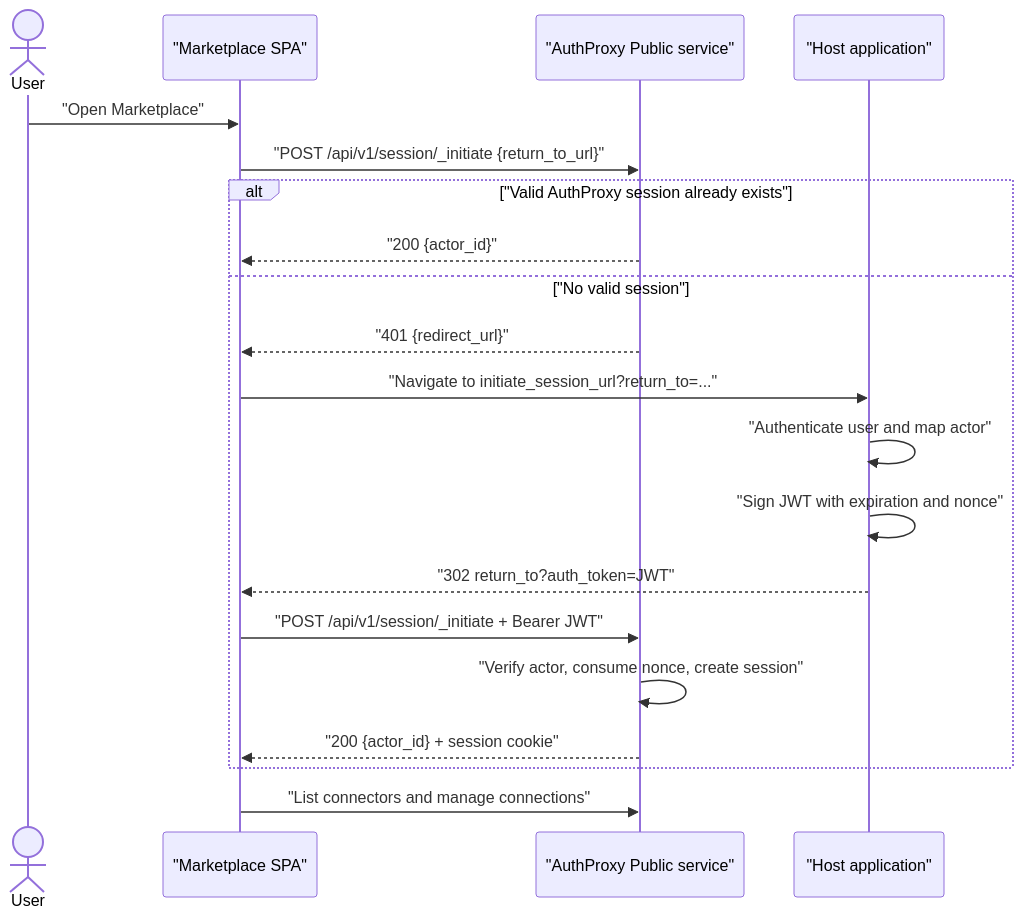
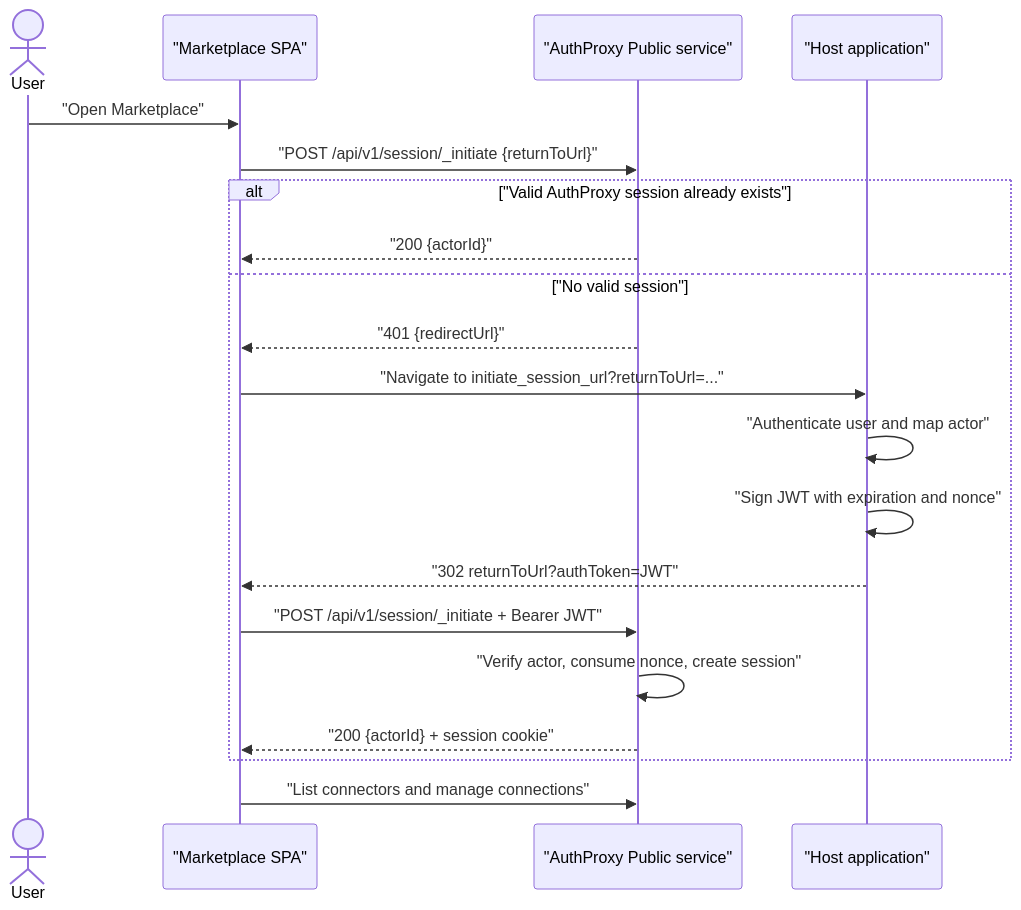
Before and after one commit to rmorlok/authproxy: the diagram in docs/src/content/docs/integration/marketplace.md, drawn with Mermaid. The commit also changed other lines of this file and 23 other files, not shown here.

````diff
--- a/docs/src/content/docs/integration/marketplace.md
+++ b/docs/src/content/docs/integration/marketplace.md
@@ -29,23 +29,23 @@
 ```mermaid
 sequenceDiagram
     actor User
     participant M as "Marketplace SPA"
     participant P as "AuthProxy Public service"
     participant H as "Host application"
 
     User->>M: "Open Marketplace"
-    M->>P: "POST /api/v1/session/_initiate {return_to_url}"
+    M->>P: "POST /api/v1/session/_initiate {returnToUrl}"
     alt "Valid AuthProxy session already exists"
-        P-->>M: "200 {actor_id}"
+        P-->>M: "200 {actorId}"
     else "No valid session"
-        P-->>M: "401 {redirect_url}"
-        M->>H: "Navigate to initiate_session_url?return_to=..."
+        P-->>M: "401 {redirectUrl}"
+        M->>H: "Navigate to initiate_session_url?returnToUrl=..."
         H->>H: "Authenticate user and map actor"
         H->>H: "Sign JWT with expiration and nonce"
-        H-->>M: "302 return_to?auth_token=JWT"
+        H-->>M: "302 returnToUrl?authToken=JWT"
         M->>P: "POST /api/v1/session/_initiate + Bearer JWT"
         P->>P: "Verify actor, consume nonce, create session"
-        P-->>M: "200 {actor_id} + session cookie"
+        P-->>M: "200 {actorId} + session cookie"
     end
     M->>P: "List connectors and manage connections"
 ```
````
